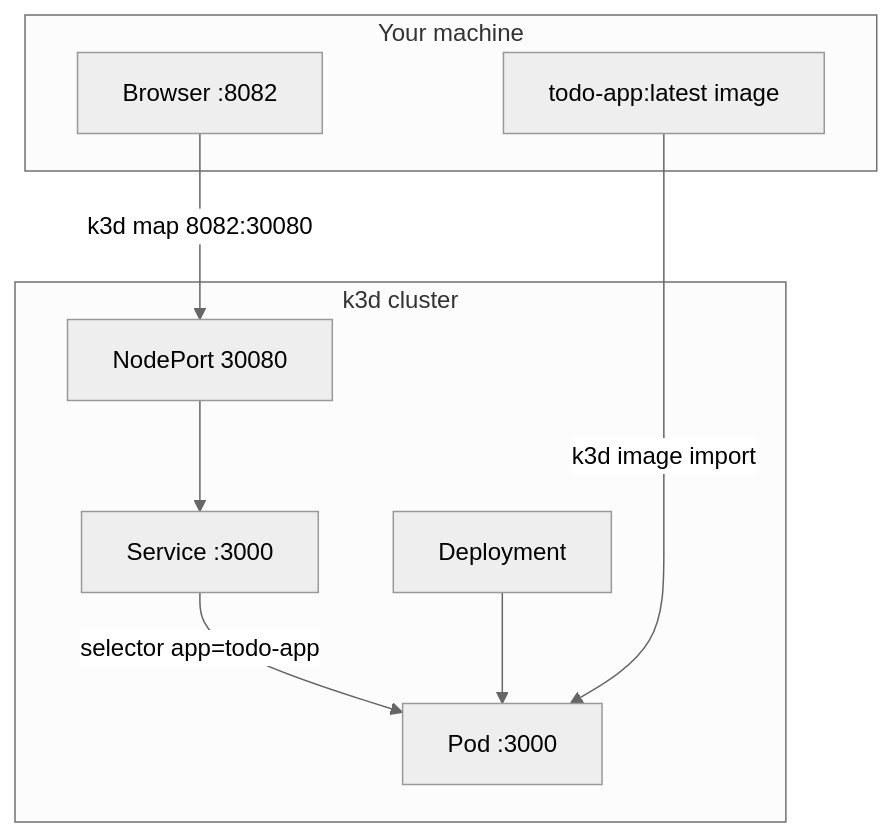
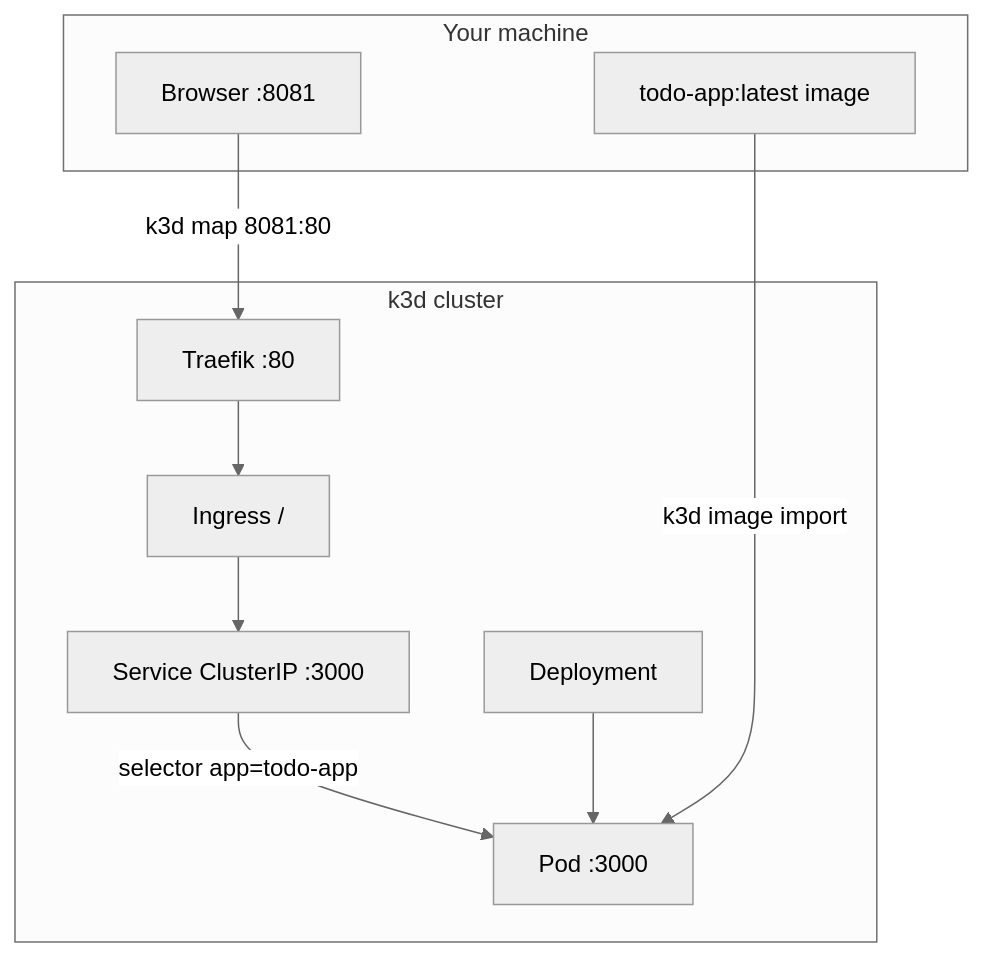
One commit to wmahad/k8s-hands-on changed the first of 3 diagrams in README.md. Above: the diagram before and after it, drawn with Mermaid (neutral theme). The commit also changed other lines of this file and 5 other files, not shown here.

````diff
--- a/README.md
+++ b/README.md
@@ -5,20 +8,22 @@
 ```mermaid
 flowchart TB
   subgraph host [Your machine]
-    B[Browser :8082]
+    B[Browser :8081]
     I[todo-app:latest image]
   end
 
   subgraph k3d [k3d cluster]
-    NP[NodePort 30080]
-    S[Service :3000]
+    T[Traefik :80]
+    IG[Ingress /]
+    S[Service ClusterIP :3000]
     D[Deployment]
     P[Pod :3000]
   end
 
-  B -->|k3d map 8082:30080| NP
-  NP --> S
+  B -->|k3d map 8081:80| T
+  T --> IG
+  IG --> S
   S -->|selector app=todo-app| P
   D --> P
   I -->|k3d image import| P
 ```
````
